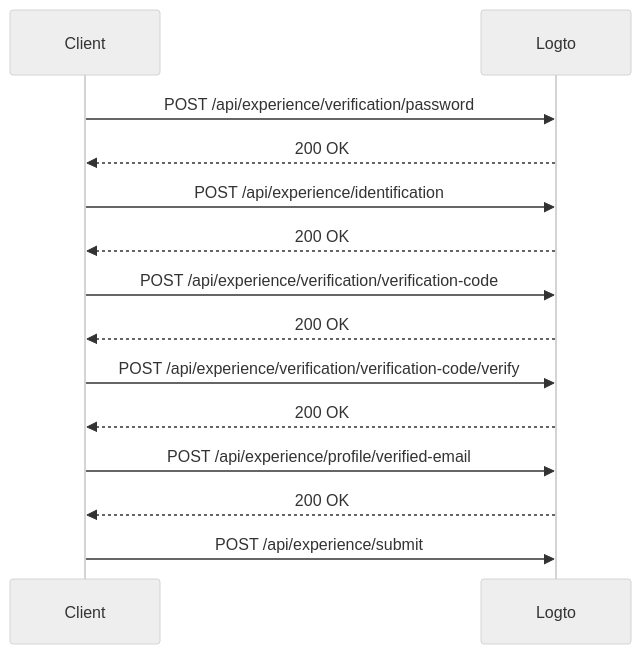
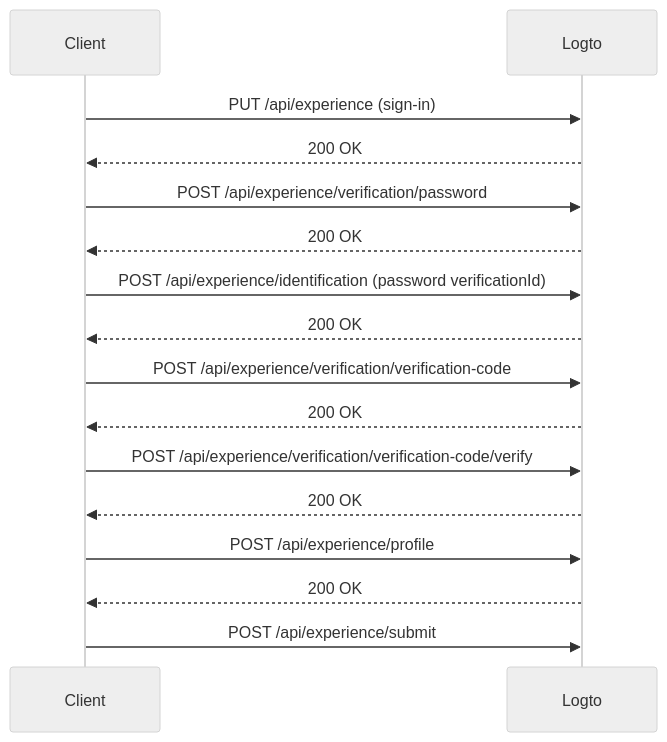
One commit to logto-io/rfcs changed the fifth of 22 diagrams in draft/0004-experience-api.md. Above: the diagram before and after it, drawn with Mermaid (neutral theme). The commit also changed other lines of this file, not shown here.

First line of the commit message:
refactor: update experience API rfc

````diff
--- a/draft/0004-experience-api.md
+++ b/draft/0004-experience-api.md
@@ -624,17 +648,19 @@
 ```mermaid
 sequenceDiagram
     participant C as Client
     participant L as Logto
 
+    C->>L: PUT /api/experience (sign-in)
+    L-->>C: 200 OK
     C->>L: POST /api/experience/verification/password
     L-->>C: 200 OK
-    C->>L: POST /api/experience/identification
+    C->>L: POST /api/experience/identification (password verificationId)
     L-->>C: 200 OK
     C->>L: POST /api/experience/verification/verification-code
     L-->>C: 200 OK
     C->>L: POST /api/experience/verification/verification-code/verify
     L-->>C: 200 OK
-    C->>L: POST /api/experience/profile/verified-email
+    C->>L: POST /api/experience/profile
     L-->>C: 200 OK
     C->>L: POST /api/experience/submit
 ```
````
